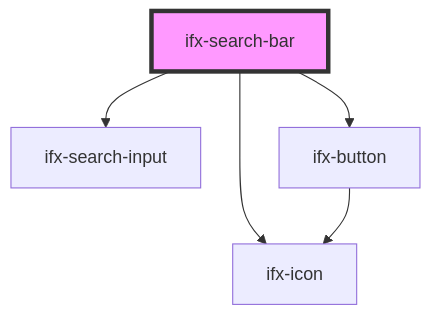
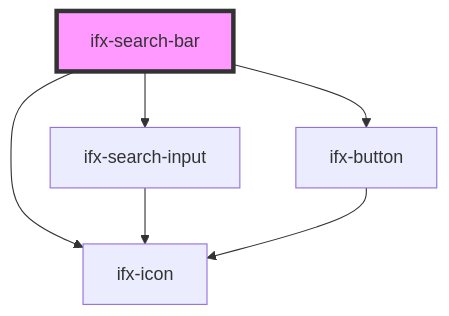
Before and after one commit to Infineon/infineon-design-system-stencil: the diagram in src/components/search-bar/readme.md, drawn with Mermaid. The commit also changed 6 other files, not shown here.

````diff
--- a/src/components/search-bar/readme.md
+++ b/src/components/search-bar/readme.md
@@ -33,8 +33,9 @@
 ```mermaid
 graph TD;
   ifx-search-bar --> ifx-search-input
   ifx-search-bar --> ifx-icon
   ifx-search-bar --> ifx-button
+  ifx-search-input --> ifx-icon
   ifx-button --> ifx-icon
   style ifx-search-bar fill:#f9f,stroke:#333,stroke-width:4px
 ```
````
